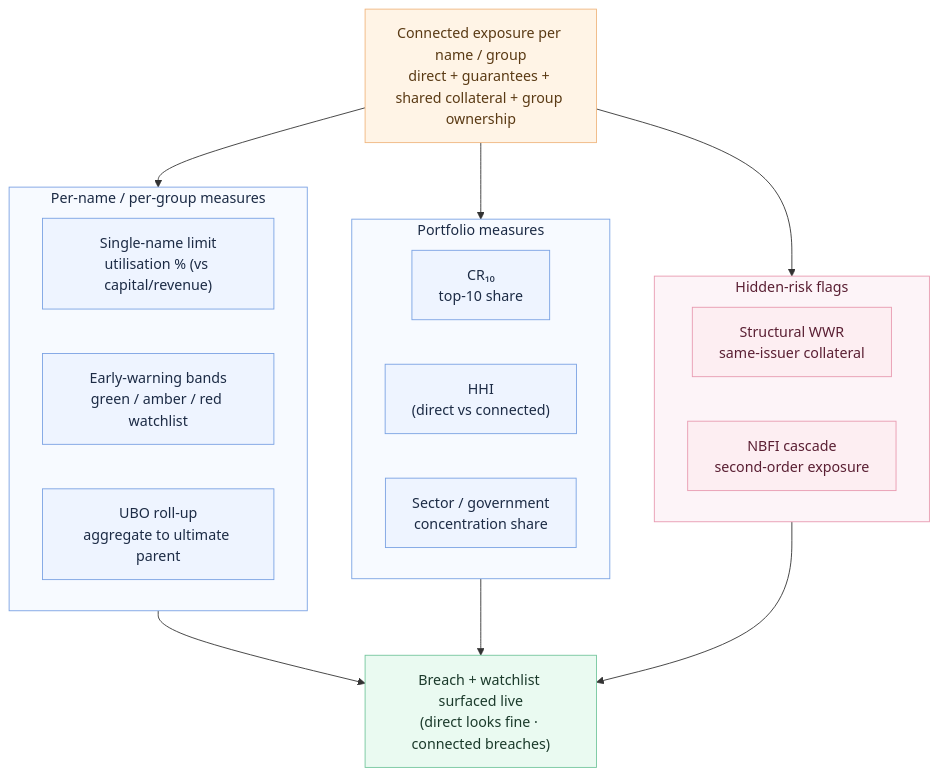
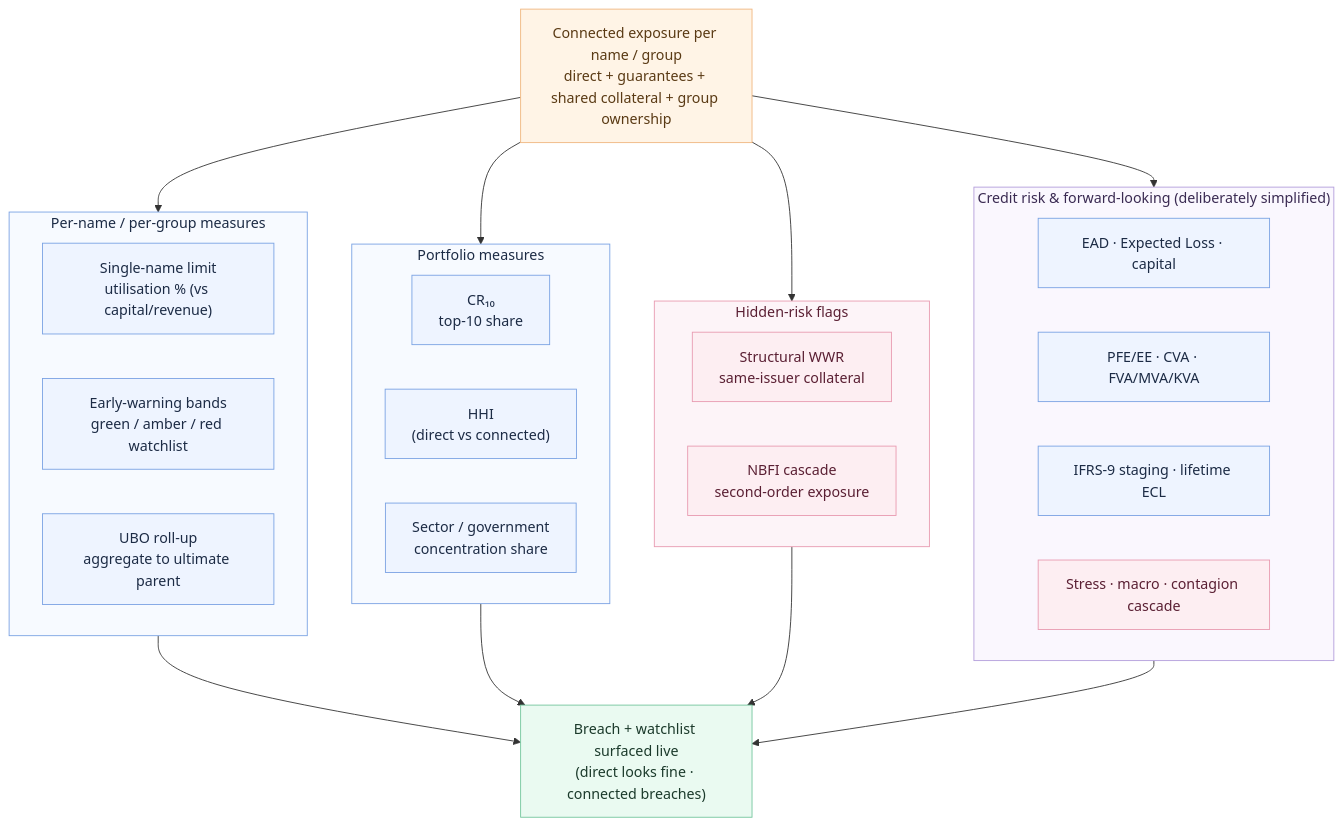
One commit to jaricsng/counterparty-concentration-lens changed the fourth of 4 diagrams in docs/architecture.md. Above: the diagram before and after it, drawn with Mermaid. The commit also changed other lines of this file and 11 other files, not shown here.

First line of the commit message:
docs: sync all documentation + diagrams with the code; cut v1.0.0

````diff
--- a/docs/architecture.md
+++ b/docs/architecture.md
@@ -150,40 +151,51 @@
 ```mermaid
 flowchart TB
     EXP["Connected exposure per name / group<br/>direct + guarantees + shared collateral + group ownership"]:::core
 
     subgraph PERNAME["Per-name / per-group measures"]
         direction LR
         SN["Single-name limit<br/>utilisation % (vs capital/revenue)"]:::m
         WL["Early-warning bands<br/>green / amber / red watchlist"]:::m
         UBO["UBO roll-up<br/>aggregate to ultimate parent"]:::m
     end
 
     subgraph PORTFOLIO["Portfolio measures"]
         direction LR
         CR["CR₁₀<br/>top-10 share"]:::m
         HHI["HHI<br/>(direct vs connected)"]:::m
         SEC["Sector / government<br/>concentration share"]:::m
     end
 
     subgraph HIDDEN["Hidden-risk flags"]
         direction LR
         WWR["Structural WWR<br/>same-issuer collateral"]:::f
         NBFI["NBFI cascade<br/>second-order exposure"]:::f
     end
 
+    subgraph CREDIT["Credit risk & forward-looking (deliberately simplified)"]
+        direction LR
+        EL2["EAD · Expected Loss · capital"]:::m
+        XVA2["PFE/EE · CVA · FVA/MVA/KVA"]:::m
+        ECL2["IFRS-9 staging · lifetime ECL"]:::m
+        STR2["Stress · macro · contagion cascade"]:::f
+    end
+
     EXP --> PERNAME
     EXP --> PORTFOLIO
     EXP --> HIDDEN
+    EXP --> CREDIT
 
     PERNAME --> OUT["Breach + watchlist surfaced live<br/>(direct looks fine · connected breaches)"]:::out
     PORTFOLIO --> OUT
     HIDDEN --> OUT
+    CREDIT --> OUT
 
     classDef core fill:#fff4e6,stroke:#f0b67f,color:#5a3a14;
     classDef m fill:#eef4ff,stroke:#7aa2e3,color:#1c2b45;
     classDef f fill:#fdeef2,stroke:#e89ab0,color:#5a1f33;
     classDef out fill:#eafaf1,stroke:#74c69d,color:#1b3a2b;
     style PERNAME fill:#f7faff,stroke:#7aa2e3,color:#1c2b45;
     style PORTFOLIO fill:#f7faff,stroke:#7aa2e3,color:#1c2b45;
     style HIDDEN fill:#fdf4f8,stroke:#e89ab0,color:#5a1f33;
+    style CREDIT fill:#faf7fe,stroke:#b39ddb,color:#3a2a52;
 ```
````
